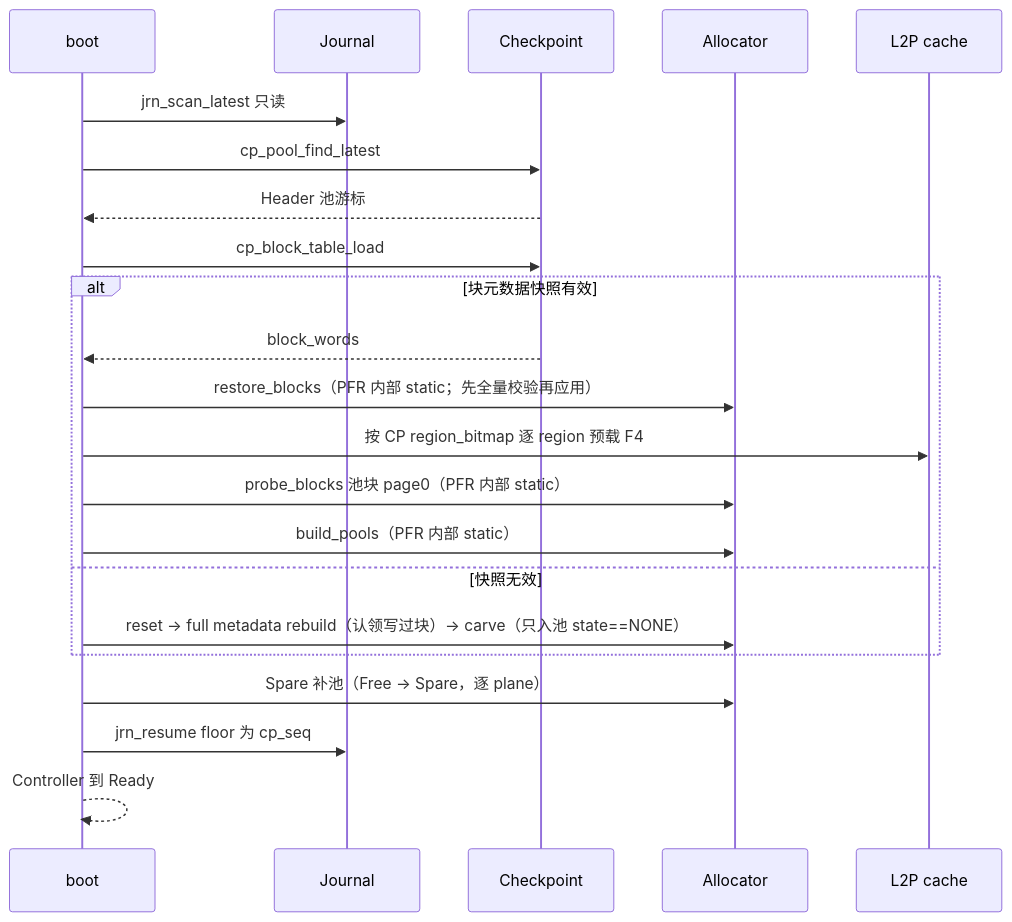
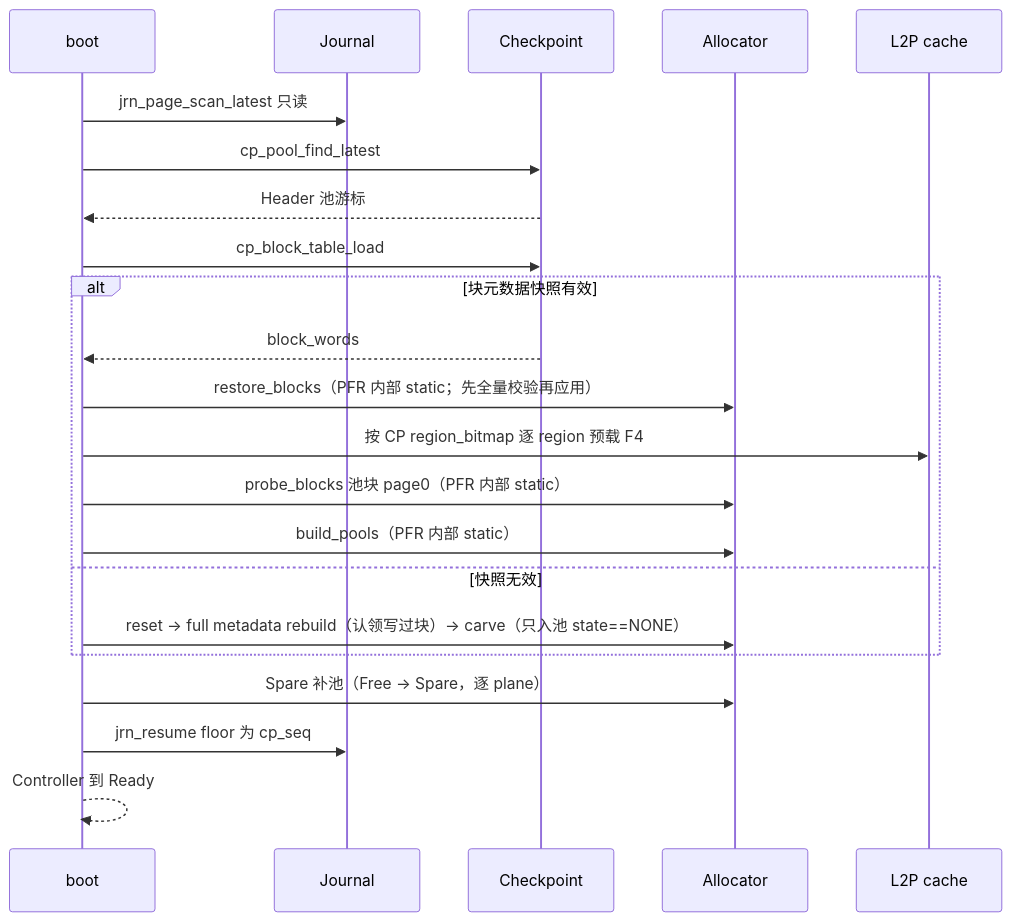
Before and after one commit to YzYMIAO/BASESSD: diagram 24 of 32 in docs/design/ftl_design.md, drawn with Mermaid. The commit also changed other lines of this file and 12 other files, not shown here.

````diff
--- a/docs/design/ftl_design.md
+++ b/docs/design/ftl_design.md
@@ -3798,25 +3798,25 @@
 ```mermaid
 sequenceDiagram
     participant B as boot
     participant J as Journal
     participant C as Checkpoint
     participant A as Allocator
     participant L as L2P cache
 
-    B->>J: jrn_scan_latest 只读
+    B->>J: jrn_page_scan_latest 只读
     B->>C: cp_pool_find_latest
     C-->>B: Header 池游标
     B->>C: cp_block_table_load
     alt 块元数据快照有效
         C-->>B: block_words
         B->>A: restore_blocks（PFR 内部 static；先全量校验再应用）
         B->>L: 按 CP region_bitmap 逐 region 预载 F4
         B->>A: probe_blocks 池块 page0（PFR 内部 static）
         B->>A: build_pools（PFR 内部 static）
     else 快照无效
         B->>A: reset → full metadata rebuild（认领写过块）→ carve（只入池 state==NONE）
     end
     B->>A: Spare 补池（Free → Spare，逐 plane）
     B->>J: jrn_resume floor 为 cp_seq
     B-->>B: Controller 到 Ready
 ```
````
